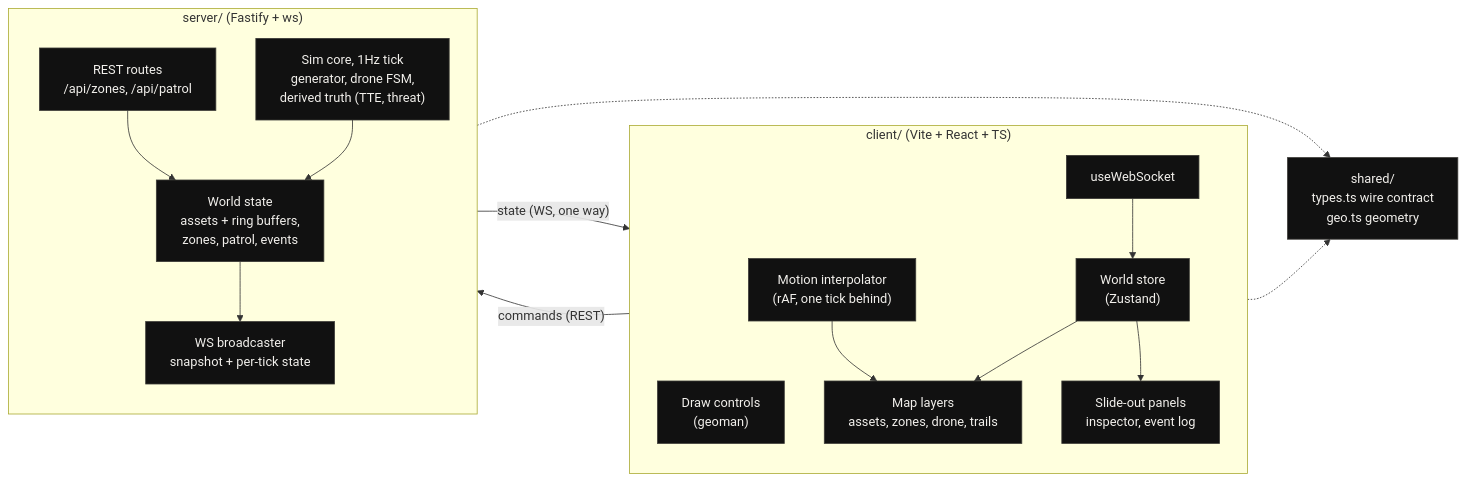
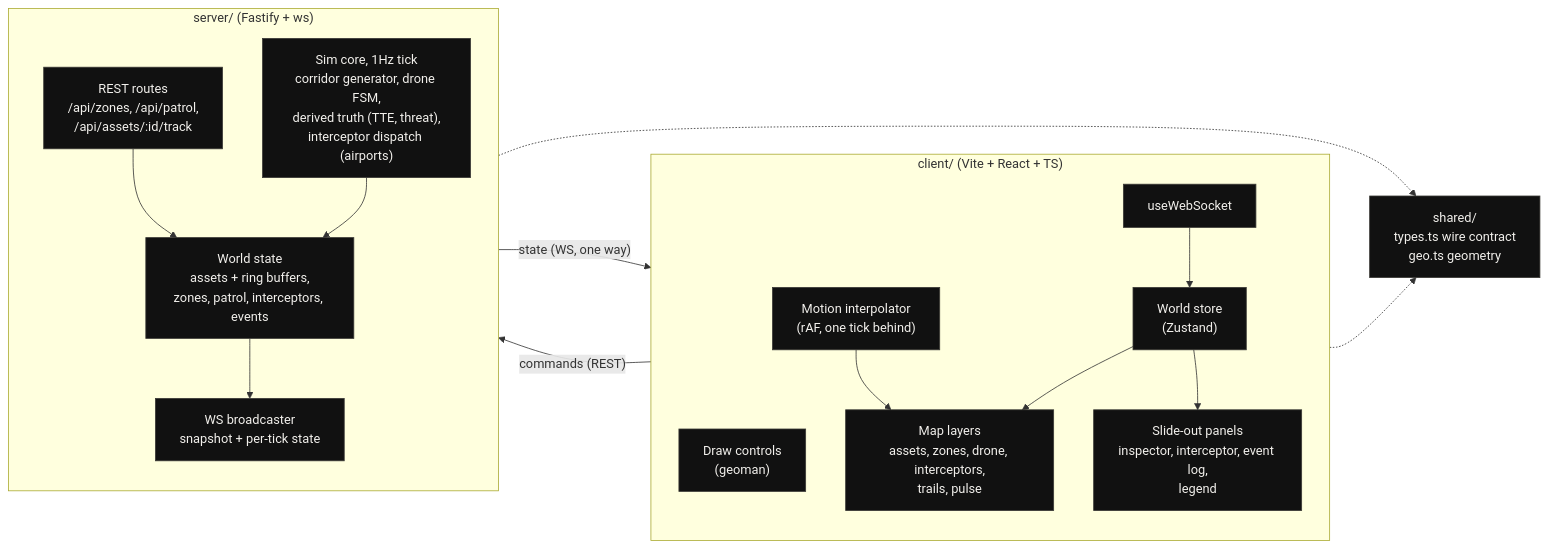
One commit to ayfor/sentinel changed the second of 2 diagrams in README.md. Above: the diagram before and after it, drawn with Mermaid. The commit also changed other lines of this file and 2 other files, not shown here.

````diff
--- a/README.md
+++ b/README.md
@@ -100,37 +106,37 @@
 ```mermaid
 flowchart LR
     subgraph CLIENT["client/ (Vite + React + TS)"]
         direction TB
         GEO["Draw controls<br/>(geoman)"]
         WS_HOOK["useWebSocket"]
         STORE["World store<br/>(Zustand)"]
         MOTION["Motion interpolator<br/>(rAF, one tick behind)"]
-        LAYERS["Map layers<br/>assets, zones, drone, trails"]
-        PANELS["Slide-out panels<br/>inspector, event log"]
+        LAYERS["Map layers<br/>assets, zones, drone, interceptors,<br/>trails, pulse"]
+        PANELS["Slide-out panels<br/>inspector, interceptor, event log,<br/>legend"]
         WS_HOOK --> STORE
         STORE --> LAYERS
         STORE --> PANELS
         MOTION --> LAYERS
     end
 
     subgraph SERVER["server/ (Fastify + ws)"]
         direction TB
-        REST["REST routes<br/>/api/zones, /api/patrol"]
-        SIM["Sim core, 1Hz tick<br/>generator, drone FSM,<br/>derived truth (TTE, threat)"]
-        WORLD["World state<br/>assets + ring buffers,<br/>zones, patrol, events"]
+        REST["REST routes<br/>/api/zones, /api/patrol,<br/>/api/assets/:id/track"]
+        SIM["Sim core, 1Hz tick<br/>corridor generator, drone FSM,<br/>derived truth (TTE, threat),<br/>interceptor dispatch (airports)"]
+        WORLD["World state<br/>assets + ring buffers,<br/>zones, patrol, interceptors, events"]
         CAST["WS broadcaster<br/>snapshot + per-tick state"]
         REST --> WORLD
         SIM --> WORLD
         WORLD --> CAST
     end
 
     TYPES["shared/<br/>types.ts wire contract<br/>geo.ts geometry"]
 
     GEO -->|"commands (REST)"| REST
     CAST -->|"state (WS, one way)"| WS_HOOK
     CLIENT -.-> TYPES
     SERVER -.-> TYPES
 
     classDef comp fill:#111,stroke:#3b3a36,stroke-width:1px,color:#f2f0ec
     class GEO,WS_HOOK,STORE,MOTION,LAYERS,PANELS,REST,SIM,WORLD,CAST,TYPES comp
 ```
````
